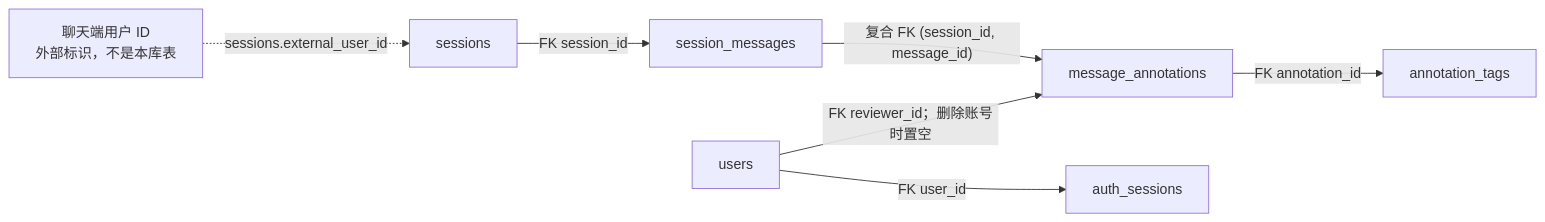
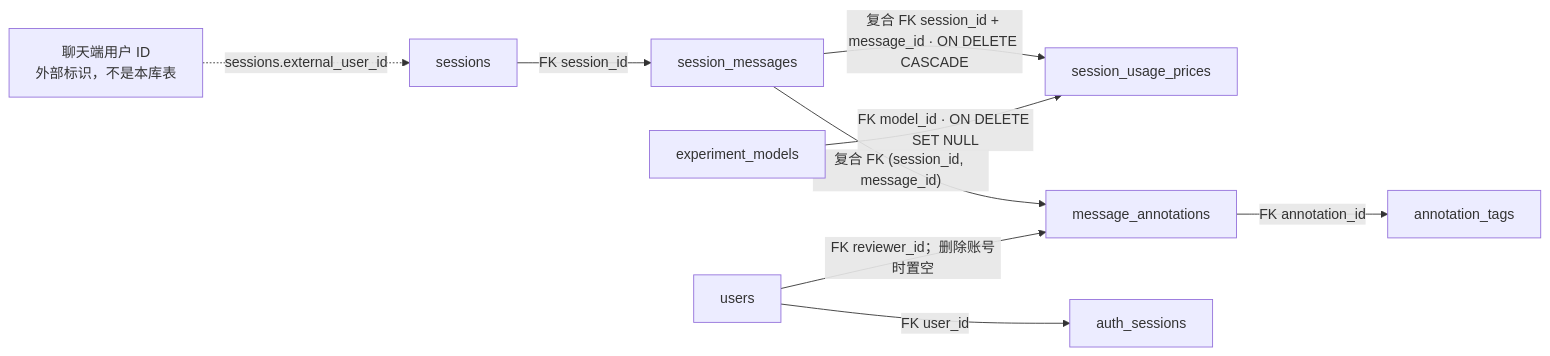
Before and after one commit to weiAX95/admin: diagram 16 of 17 in docs/database-relationships.md, drawn with Mermaid. The commit also changed other lines of this file and 13 other files, not shown here.

Commit message:
Estimate session costs with live and snapshot model prices

````diff
--- a/docs/database-relationships.md
+++ b/docs/database-relationships.md
@@ -418,9 +418,11 @@
 ```mermaid
 flowchart LR
   ChatUser["聊天端用户 ID<br/>外部标识，不是本库表"] -. "sessions.external_user_id" .-> Sessions["sessions"]
   Sessions -->|"FK session_id"| Messages["session_messages"]
+  Messages -->|"复合 FK session_id + message_id · ON DELETE CASCADE"| SessionPrices["session_usage_prices"]
+  Models["experiment_models"] -->|"FK model_id · ON DELETE SET NULL"| SessionPrices
   Messages -->|"复合 FK (session_id, message_id)"| Annotations["message_annotations"]
   Users["users"] -->|"FK user_id"| Tokens["auth_sessions"]
   Users -->|"FK reviewer_id；删除账号时置空"| Annotations
   Annotations -->|"FK annotation_id"| AnnotationTags["annotation_tags"]
 ```
````
